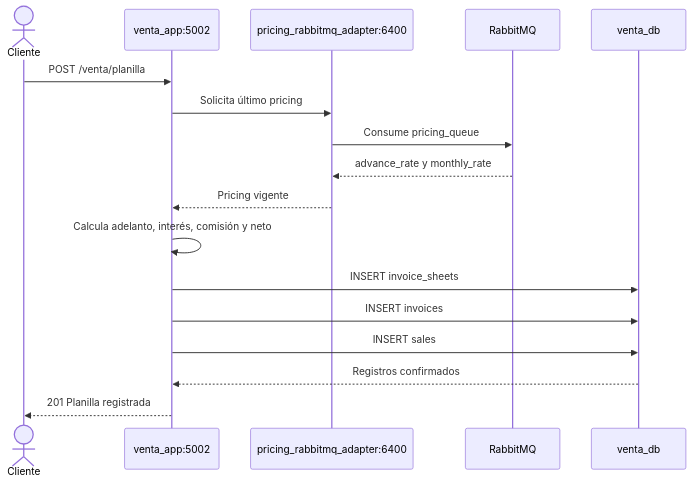
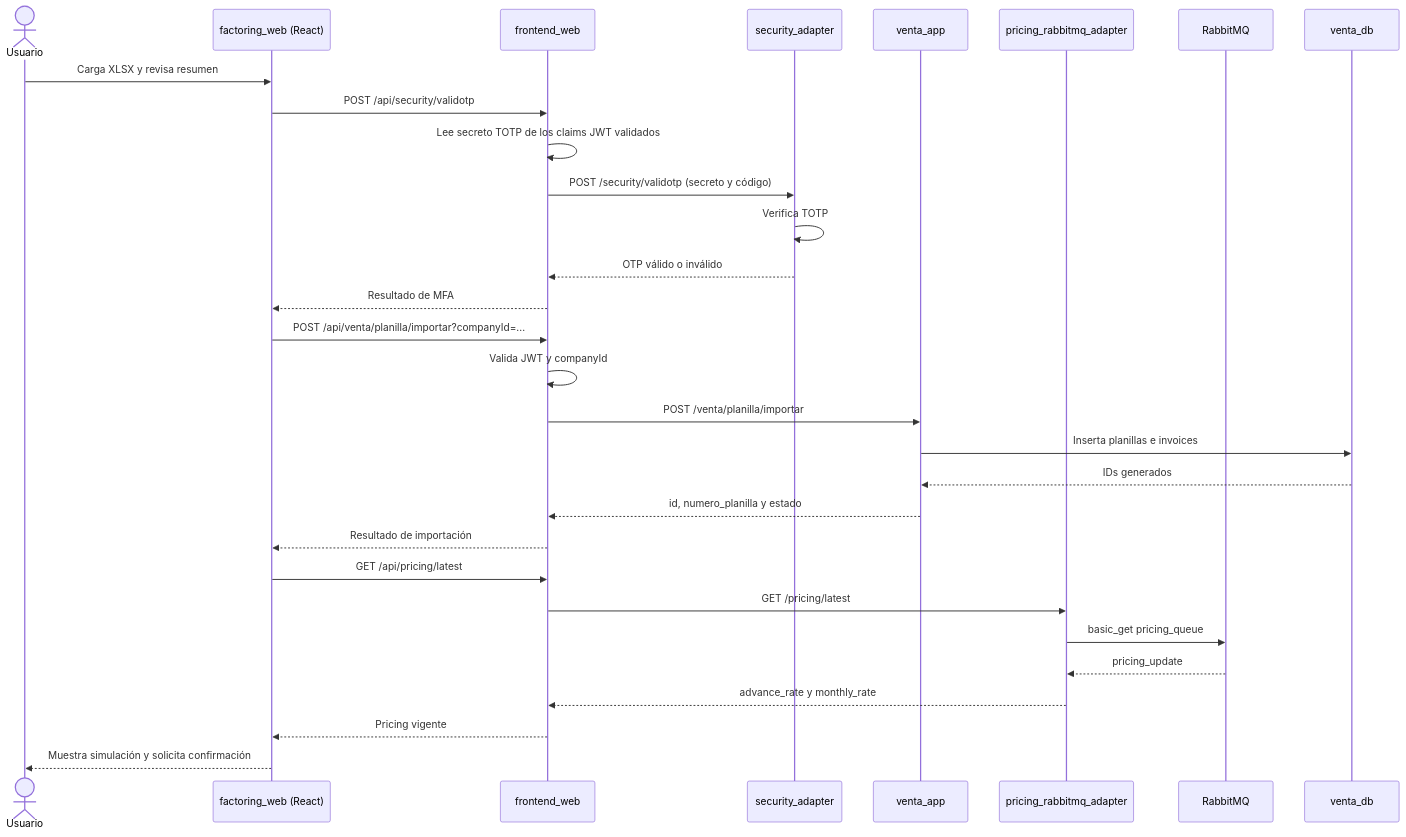
Before and after one commit to syslet/tecsup-arq-factoring-dist: the third of 6 diagrams in README.md, drawn with Mermaid. The commit also changed other lines of this file and 28 other files, not shown here.

````diff
--- a/README.md
+++ b/README.md
@@ -180,20 +231,33 @@
 ```mermaid
 sequenceDiagram
-    actor Cliente
-    participant Venta as venta_app:5002
-    participant Pricing as pricing_rabbitmq_adapter:6400
+    actor Usuario
+    participant Web as factoring_web (React)
+    participant API as frontend_web
+    participant Security as security_adapter
+    participant Venta as venta_app
+    participant PricingAPI as pricing_rabbitmq_adapter
     participant Rabbit as RabbitMQ
     participant DB as venta_db
 
-    Cliente->>Venta: POST /venta/planilla
-    Venta->>Pricing: Solicita último pricing
-    Pricing->>Rabbit: Consume pricing_queue
-    Rabbit-->>Pricing: advance_rate y monthly_rate
-    Pricing-->>Venta: Pricing vigente
-    Venta->>Venta: Calcula adelanto, interés, comisión y neto
-    Venta->>DB: INSERT invoice_sheets
-    Venta->>DB: INSERT invoices
-    Venta->>DB: INSERT sales
-    DB-->>Venta: Registros confirmados
-    Venta-->>Cliente: 201 Planilla registrada
+    Usuario->>Web: Carga XLSX y revisa resumen
+    Web->>API: POST /api/security/validotp
+    API->>API: Lee secreto TOTP de los claims JWT validados
+    API->>Security: POST /security/validotp (secreto y código)
+    Security->>Security: Verifica TOTP
+    Security-->>API: OTP válido o inválido
+    API-->>Web: Resultado de MFA
+    Web->>API: POST /api/venta/planilla/importar?companyId=...
+    API->>API: Valida JWT y companyId
+    API->>Venta: POST /venta/planilla/importar
+    Venta->>DB: Inserta planillas e invoices
+    DB-->>Venta: IDs generados
+    Venta-->>API: id, numero_planilla y estado
+    API-->>Web: Resultado de importación
+    Web->>API: GET /api/pricing/latest
+    API->>PricingAPI: GET /pricing/latest
+    PricingAPI->>Rabbit: basic_get pricing_queue
+    Rabbit-->>PricingAPI: pricing_update
+    PricingAPI-->>API: advance_rate y monthly_rate
+    API-->>Web: Pricing vigente
+    Web-->>Usuario: Muestra simulación y solicita confirmación
 ```
````
